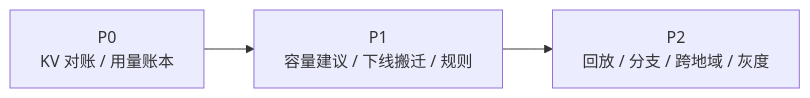
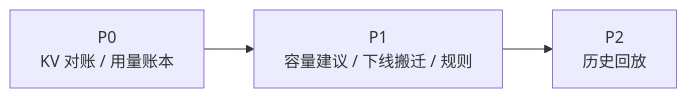
Before and after one commit to 5x8-40/lake: the second of 2 diagrams in kvcm/design/D9-kv-services.md, drawn with Mermaid. The commit also changed other lines of this file, not shown here.

````diff
--- a/kvcm/design/D9-kv-services.md
+++ b/kvcm/design/D9-kv-services.md
@@ -239,5 +228,5 @@
 ```mermaid
 flowchart LR
     P0["P0<br/>KV 对账 / 用量账本"] --> P1["P1<br/>容量建议 / 下线搬迁 / 规则"]
-    P1 --> P2["P2<br/>回放 / 分支 / 跨地域 / 灰度"]
+    P1 --> P2["P2<br/>历史回放"]
 ```
````
